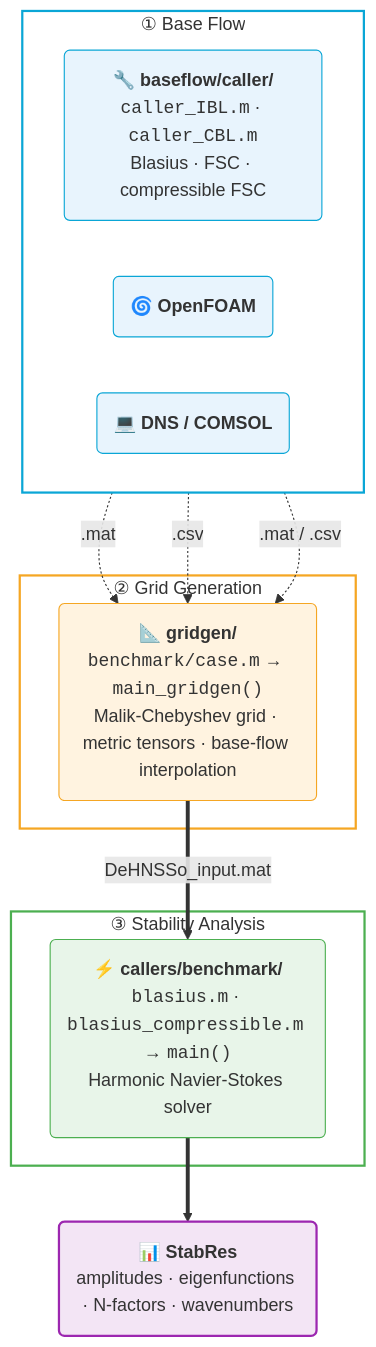
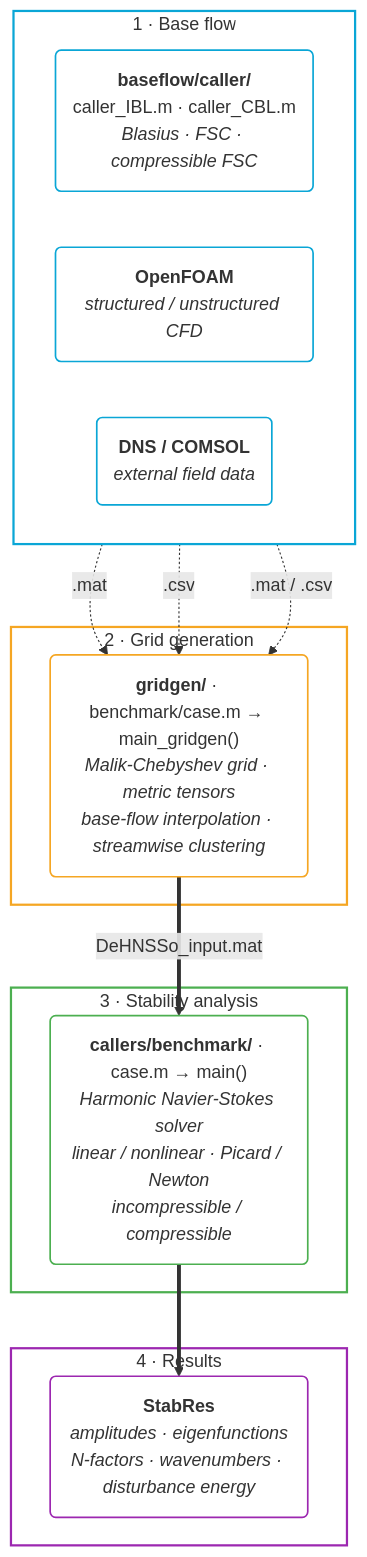
Before and after one commit to pcboldini/DeHNSSo: the diagram in README.md, drawn with Mermaid. The commit also changed other lines of this file and 138 other files, not shown here.

````diff
--- a/README.md
+++ b/README.md
@@ -116,35 +137,37 @@
 ```mermaid
 flowchart TD
-    subgraph INPUT ["① Base Flow"]
+    classDef inNode fill:none,stroke:#0aa6d6,stroke-width:1.5px;
+    classDef gridNode fill:none,stroke:#f5a623,stroke-width:1.5px;
+    classDef solveNode fill:none,stroke:#4caf50,stroke-width:1.5px;
+    classDef outNode fill:none,stroke:#9c27b0,stroke-width:1.5px;
+
+    subgraph S1 ["1 · Base flow"]
         direction LR
-        IBL("🔧 <b>baseflow/caller/</b><br/><code>caller_IBL.m</code> · <code>caller_CBL.m</code><br/>Blasius · FSC · compressible FSC")
-        OF("🌀 <b>OpenFOAM</b>")
-        DNS("💻 <b>DNS / COMSOL</b>")
+        IBL("<b>baseflow/caller/</b><br/>caller_IBL.m · caller_CBL.m<br/><i>Blasius · FSC · compressible FSC</i>"):::inNode
+        OF("<b>OpenFOAM</b><br/><i>structured / unstructured CFD</i>"):::inNode
+        DNS("<b>DNS / COMSOL</b><br/><i>external field data</i>"):::inNode
     end
 
-    subgraph GRID ["② Grid Generation"]
-        GG("📐 <b>gridgen/</b><br/><code>benchmark/case.m</code> → <code>main_gridgen()</code><br/>Malik-Chebyshev grid · metric tensors · base-flow interpolation")
+    subgraph S2 ["2 · Grid generation"]
+        GG("<b>gridgen/</b> · benchmark/case.m → main_gridgen()<br/><i>Malik-Chebyshev grid · metric tensors<br/>base-flow interpolation · streamwise clustering</i>"):::gridNode
     end
 
-    subgraph SOLVE ["③ Stability Analysis"]
-        HNS("⚡ <b>callers/benchmark/</b><br/><code>blasius.m</code> · <code>blasius_compressible.m</code> → <code>main()</code><br/>Harmonic Navier-Stokes solver")
+    subgraph S3 ["3 · Stability analysis"]
+        HNS("<b>callers/benchmark/</b> · case.m → main()<br/><i>Harmonic Navier-Stokes solver<br/>linear / nonlinear · Picard / Newton<br/>incompressible / compressible</i>"):::solveNode
+    end
+
+    subgraph S4 ["4 · Results"]
+        RES("<b>StabRes</b><br/><i>amplitudes · eigenfunctions<br/>N-factors · wavenumbers · disturbance energy</i>"):::outNode
     end
 
     IBL -. ".mat" .-> GG
     OF -. ".csv" .-> GG
     DNS -. ".mat / .csv" .-> GG
     GG == "DeHNSSo_input.mat" ==> HNS
     HNS ==> RES
 
-    RES("📊 <b>StabRes</b><br/>amplitudes · eigenfunctions · N-factors · wavenumbers")
-
-    style INPUT fill:none,stroke:#0aa6d6,stroke-width:2px
-    style GRID fill:none,stroke:#f5a623,stroke-width:2px
-    style SOLVE fill:none,stroke:#4caf50,stroke-width:2px
-    style IBL fill:#e8f4fd,stroke:#0aa6d6,color:#333
-    style OF fill:#e8f4fd,stroke:#0aa6d6,color:#333
-    style DNS fill:#e8f4fd,stroke:#0aa6d6,color:#333
-    style GG fill:#fff3e0,stroke:#f5a623,color:#333
-    style HNS fill:#e8f5e9,stroke:#4caf50,color:#333
-    style RES fill:#f3e5f5,stroke:#9c27b0,color:#333,stroke-width:2px
+    style S1 fill:none,stroke:#0aa6d6,stroke-width:2px
+    style S2 fill:none,stroke:#f5a623,stroke-width:2px
+    style S3 fill:none,stroke:#4caf50,stroke-width:2px
+    style S4 fill:none,stroke:#9c27b0,stroke-width:2px
 ```
````
